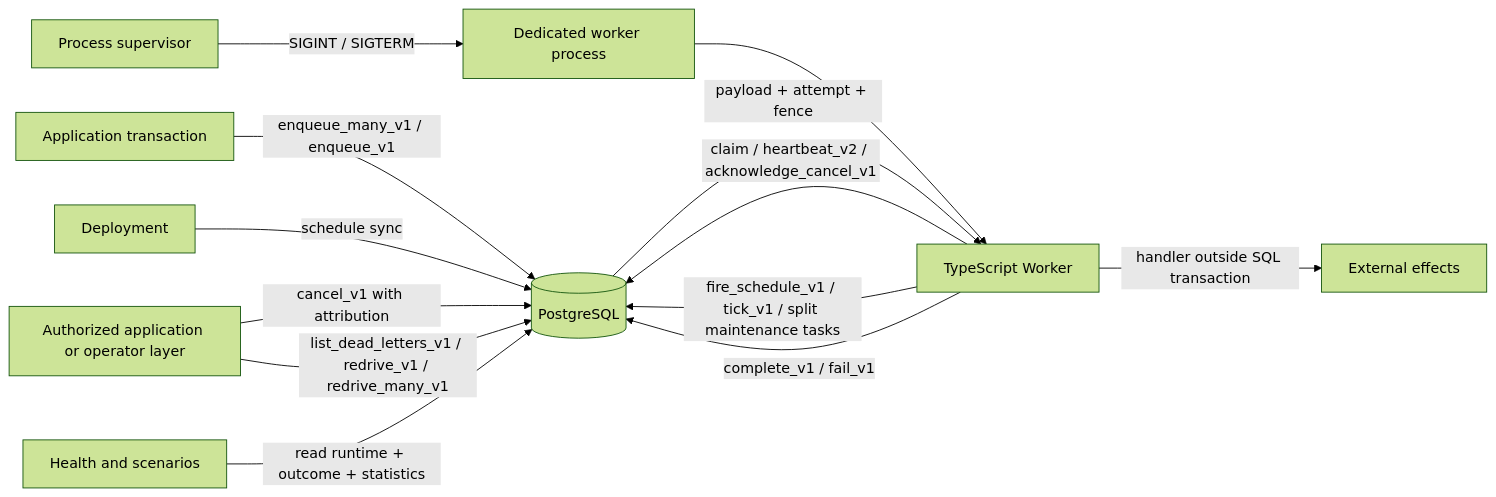
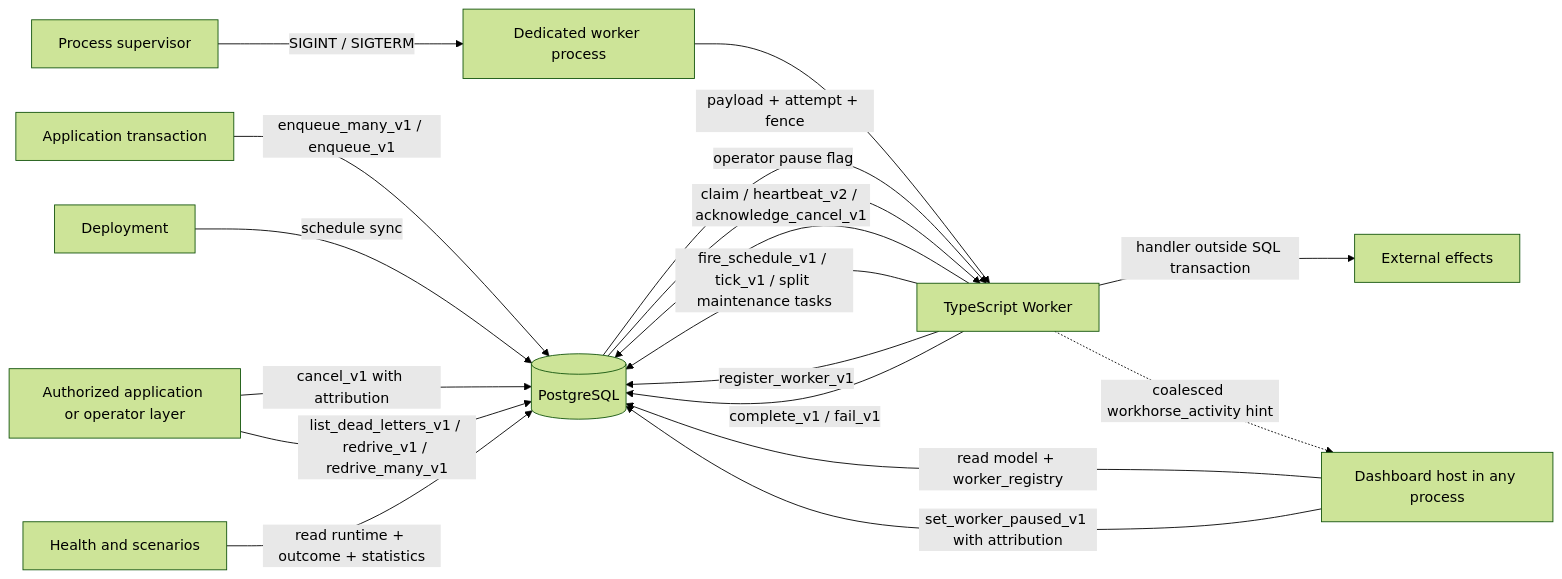
Before and after one commit to stablemates/workhorse: the first of 3 diagrams in docs/architecture.md, drawn with Mermaid (forest theme). The commit also changed other lines of this file and 68 other files, not shown here.

````diff
--- a/docs/architecture.md
+++ b/docs/architecture.md
@@ -22,15 +22,20 @@
 ```mermaid
 flowchart LR
   App[Application transaction] -->|enqueue_many_v1 / enqueue_v1| PG[(PostgreSQL)]
   Deploy[Deployment] -->|schedule sync| PG
   Supervisor[Process supervisor] -->|SIGINT / SIGTERM| WorkerProcess[Dedicated worker process]
   WorkerProcess --> Worker[TypeScript Worker]
   Worker[TypeScript Worker] -->|claim / heartbeat_v2 / acknowledge_cancel_v1| PG
   Operator[Authorized application or operator layer] -->|cancel_v1 with attribution| PG
   Operator -->|list_dead_letters_v1 / redrive_v1 / redrive_many_v1| PG
   Worker -->|fire_schedule_v1 / tick_v1 / split maintenance tasks| PG
+  Worker -->|register_worker_v1| PG
   PG -->|payload + attempt + fence| Worker
+  PG -->|operator pause flag| Worker
   Worker -->|handler outside SQL transaction| Effects[External effects]
   Worker -->|complete_v1 / fail_v1| PG
+  Worker -.->|coalesced workhorse_activity hint| Dashboard[Dashboard host in any process]
+  Dashboard -->|read model + worker_registry| PG
+  Dashboard -->|set_worker_paused_v1 with attribution| PG
   Health[Health and scenarios] -->|read runtime + outcome + statistics| PG
 ```
````
